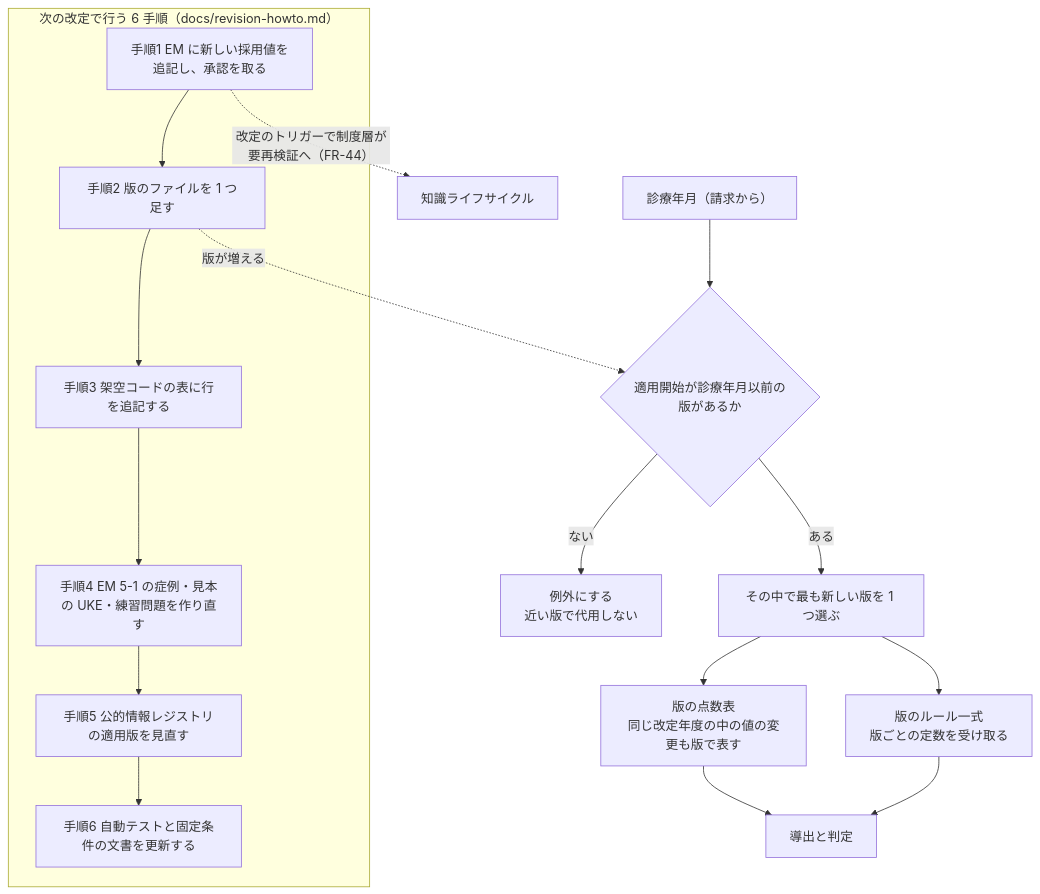
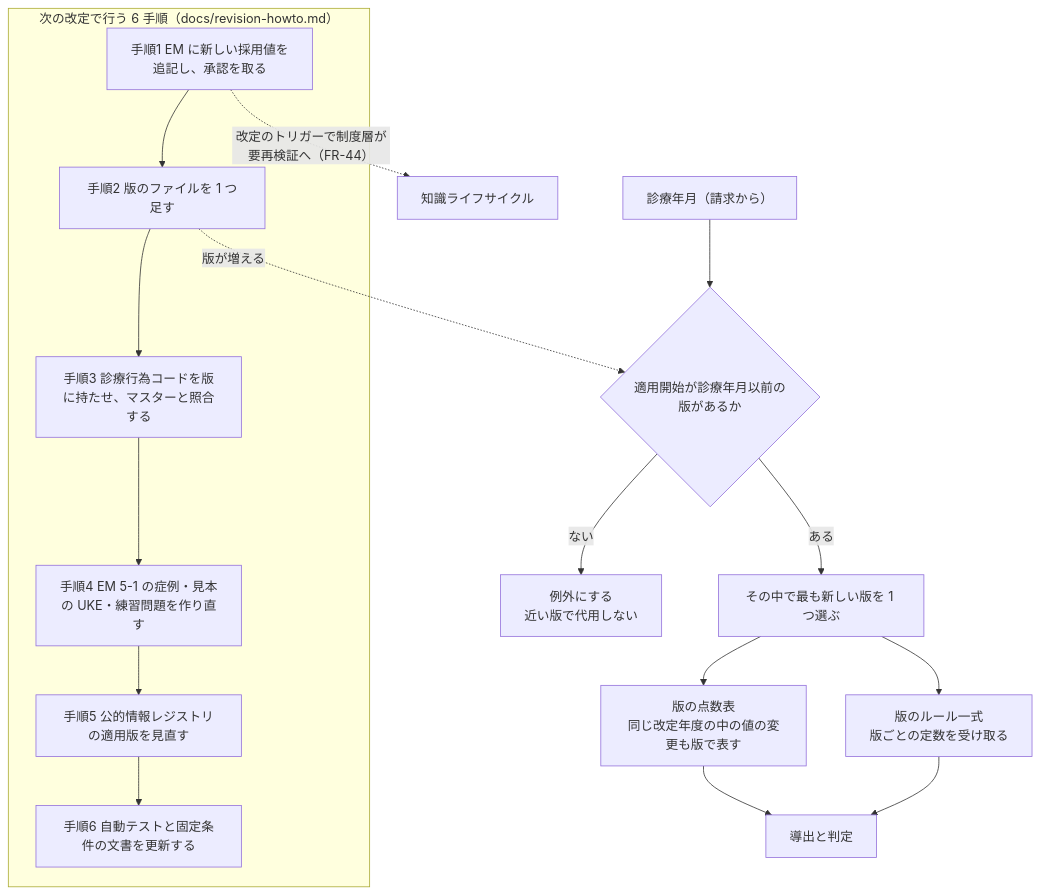
The sixth of 6 diagrams in design/iji-context/spec.md (toshi-naka-boop/iji-context), drawn with Mermaid before and after one commit. The commit also changed other lines of this file, not shown here.

````diff
--- a/design/iji-context/spec.md
+++ b/design/iji-context/spec.md
@@ -547,23 +550,23 @@
 ```mermaid
 flowchart TD
     YM["診療年月（請求から）"] --> RS{"適用開始が診療年月以前の版があるか"}
     RS -->|"ある"| PICK["その中で最も新しい版を 1 つ選ぶ"]
     RS -->|"ない"| ERR["例外にする<br>近い版で代用しない"]
     PICK --> PT["版の点数表<br>同じ改定年度の中の値の変更も版で表す"]
     PICK --> RL["版のルール一式<br>版ごとの定数を受け取る"]
     PT --> EV["導出と判定"]
     RL --> EV
 
     subgraph HOWTO["次の改定で行う 6 手順（docs/revision-howto.md）"]
         H1["手順1 EM に新しい採用値を追記し、承認を取る"]
         H2["手順2 版のファイルを 1 つ足す"]
-        H3["手順3 架空コードの表に行を追記する"]
+        H3["手順3 診療行為コードを版に持たせ、マスターと照合する"]
         H4["手順4 EM 5-1 の症例・見本の UKE・練習問題を作り直す"]
         H5["手順5 公的情報レジストリの適用版を見直す"]
         H6["手順6 自動テストと固定条件の文書を更新する"]
         H1 --> H2 --> H3 --> H4 --> H5 --> H6
     end
 
     H2 -.->|"版が増える"| RS
     H1 -.->|"改定のトリガーで制度層が要再検証へ（FR-44）"| KN["知識ライフサイクル"]
 ```
````
